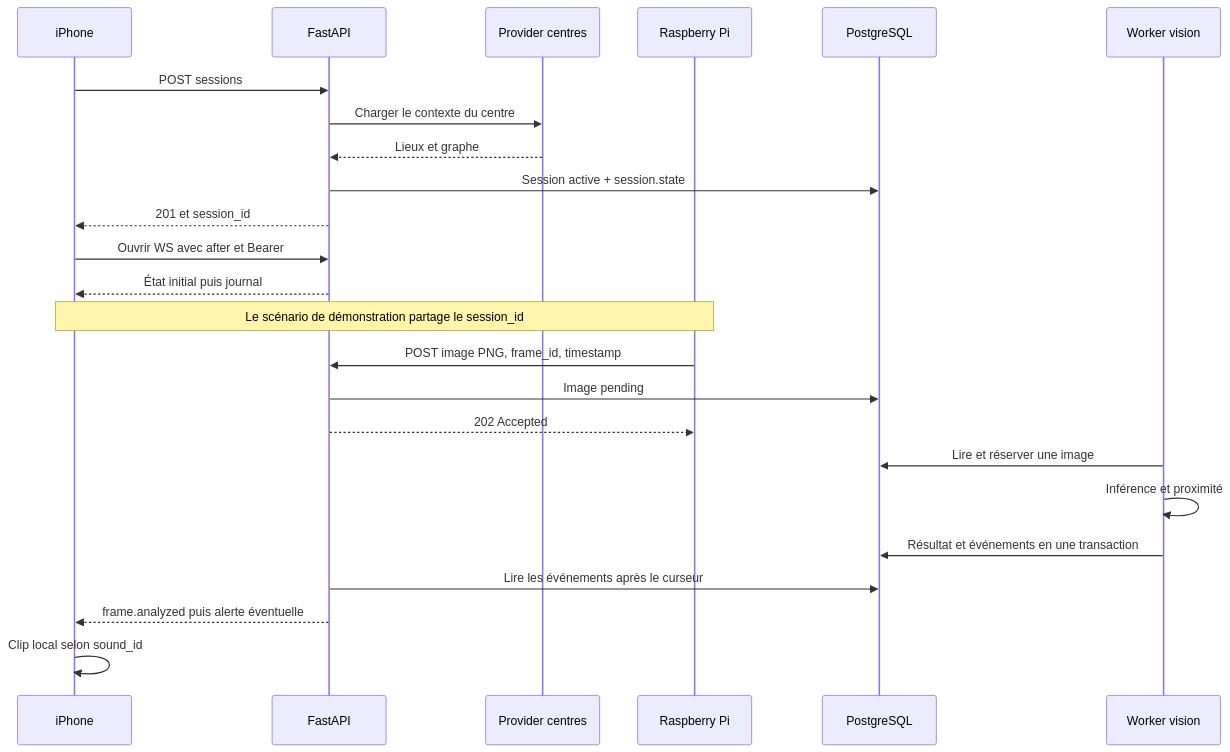
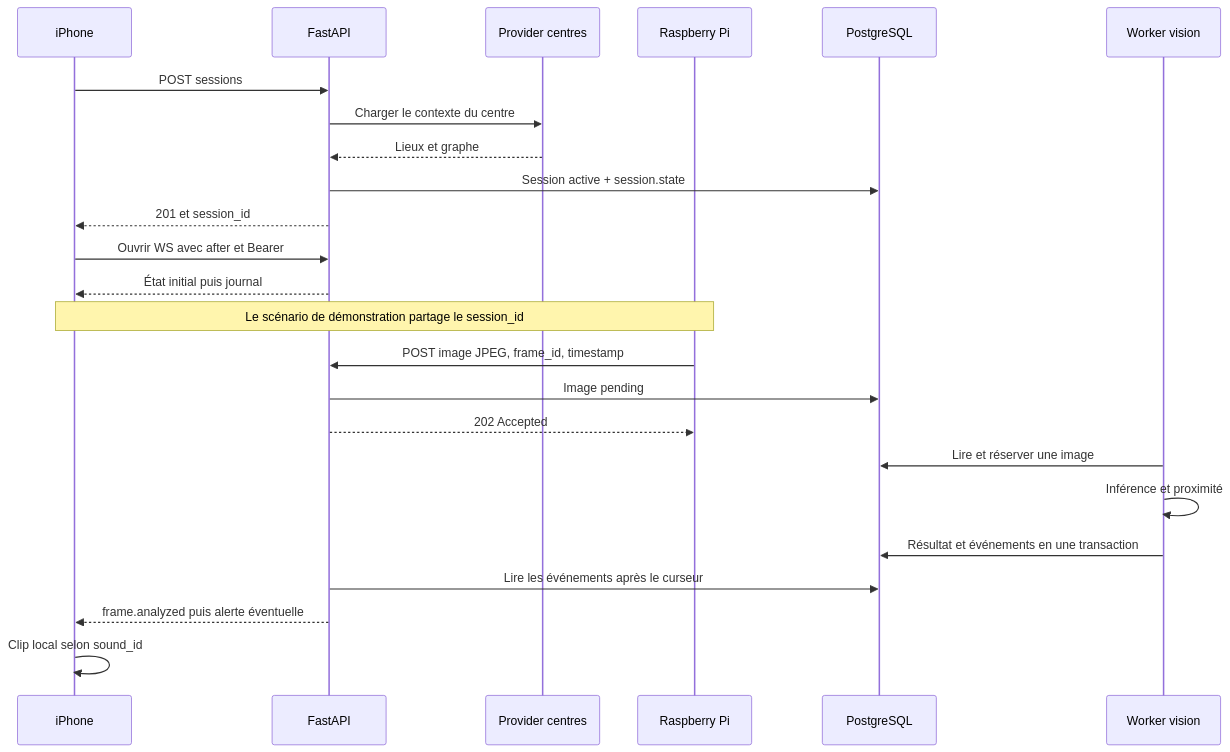
One commit to Mindsept/Looki--Vision changed the first of 8 diagrams in docs/03-contrats-et-flux.md. Above: the diagram before and after it, drawn with Mermaid. The commit also changed other lines of this file and 26 other files, not shown here.

````diff
--- a/docs/03-contrats-et-flux.md
+++ b/docs/03-contrats-et-flux.md
@@ -9,26 +9,26 @@
 ```mermaid
 sequenceDiagram
     participant iOS as iPhone
     participant API as FastAPI
     participant Context as Provider centres
     participant Pi as Raspberry Pi
     participant DB as PostgreSQL
     participant Worker as Worker vision
     iOS->>API: POST sessions
     API->>Context: Charger le contexte du centre
     Context-->>API: Lieux et graphe
     API->>DB: Session active + session.state
     API-->>iOS: 201 et session_id
     iOS->>API: Ouvrir WS avec after et Bearer
     API-->>iOS: État initial puis journal
     Note over Pi,iOS: Le scénario de démonstration partage le session_id
-    Pi->>API: POST image PNG, frame_id, timestamp
+    Pi->>API: POST image JPEG, frame_id, timestamp
     API->>DB: Image pending
     API-->>Pi: 202 Accepted
     Worker->>DB: Lire et réserver une image
     Worker->>Worker: Inférence et proximité
     Worker->>DB: Résultat et événements en une transaction
     API->>DB: Lire les événements après le curseur
     API-->>iOS: frame.analyzed puis alerte éventuelle
     iOS->>iOS: Clip local selon sound_id
 ```
````
